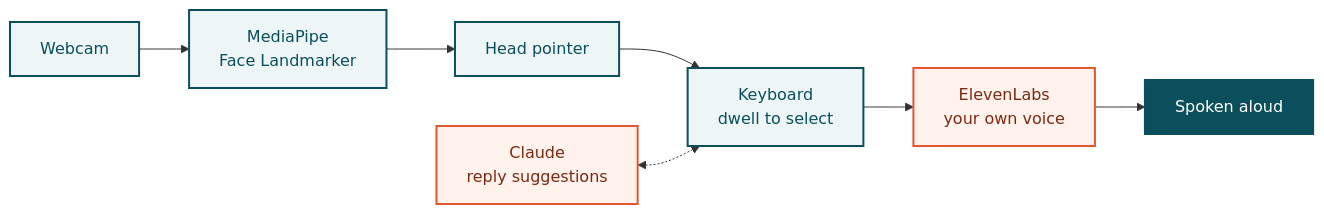
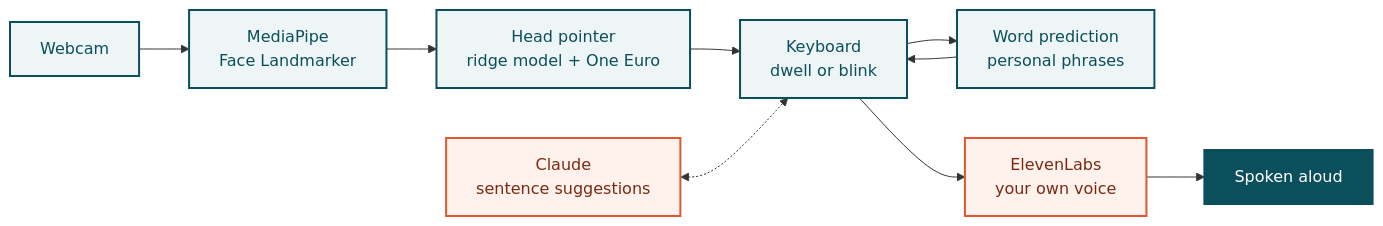
One commit to Dhandu7/HTC2026 changed the diagram in README.md. Above: the diagram before and after it, drawn with Mermaid. The commit also changed other lines of this file, not shown here.

````diff
--- a/README.md
+++ b/README.md
@@ -43,16 +45,18 @@
 ```mermaid
 flowchart LR
     cam["Webcam"] --> mp["MediaPipe<br/>Face Landmarker"]
-    mp --> head["Head pointer"]
-    head --> kb["Keyboard<br/>dwell to select"]
+    mp --> head["Head pointer<br/>ridge model + One Euro"]
+    head --> kb["Keyboard<br/>dwell or blink"]
+    kb --> pred["Word prediction<br/>personal phrases"]
+    pred --> kb
     kb --> voice["ElevenLabs<br/>your own voice"]
     voice --> out["Spoken aloud"]
-    llm["Claude<br/>reply suggestions"] <-.-> kb
+    llm["Claude<br/>sentence suggestions"] <-.-> kb
 
     classDef local fill:#EEF5F6,stroke:#0B4F5C,color:#0B4F5C,stroke-width:2px
     classDef remote fill:#FFF1EC,stroke:#E4572E,color:#7A2A12,stroke-width:2px
     classDef result fill:#0B4F5C,stroke:#0B4F5C,color:#FFFFFF,stroke-width:2px
-    class cam,mp,head,kb local
+    class cam,mp,head,kb,pred local
     class llm,voice remote
     class out result
 ```
````
